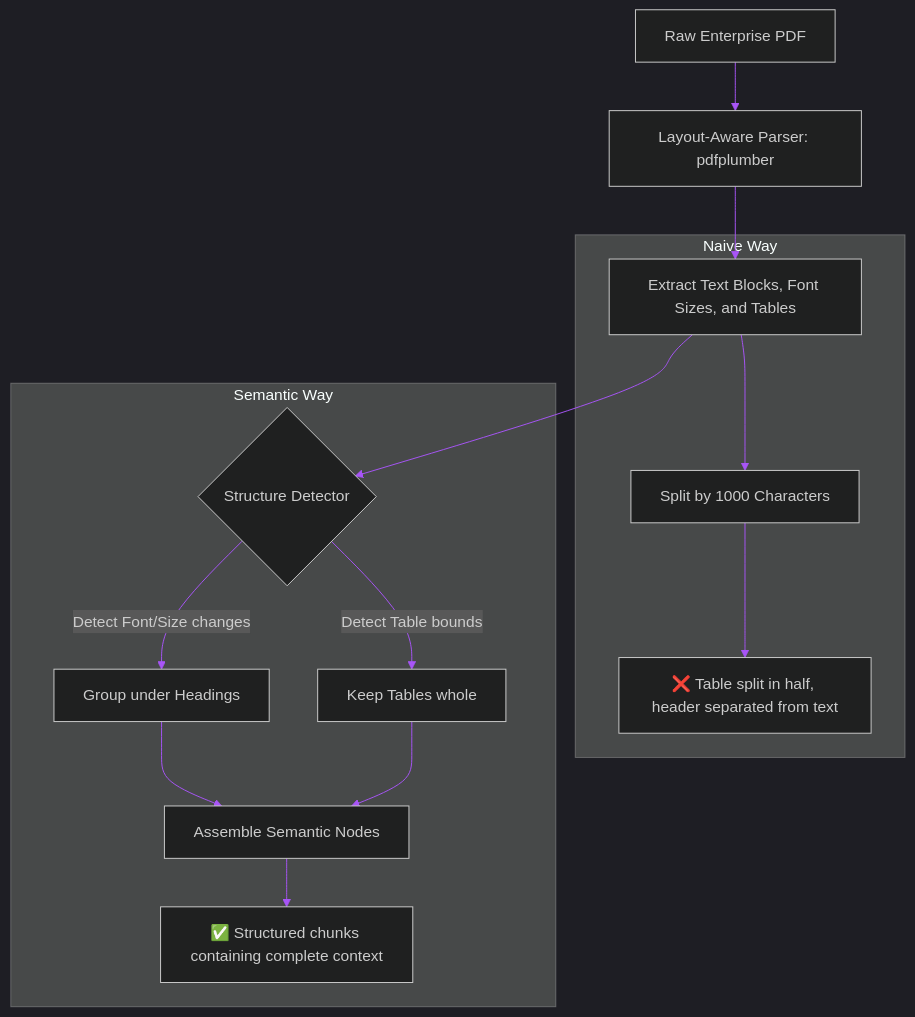
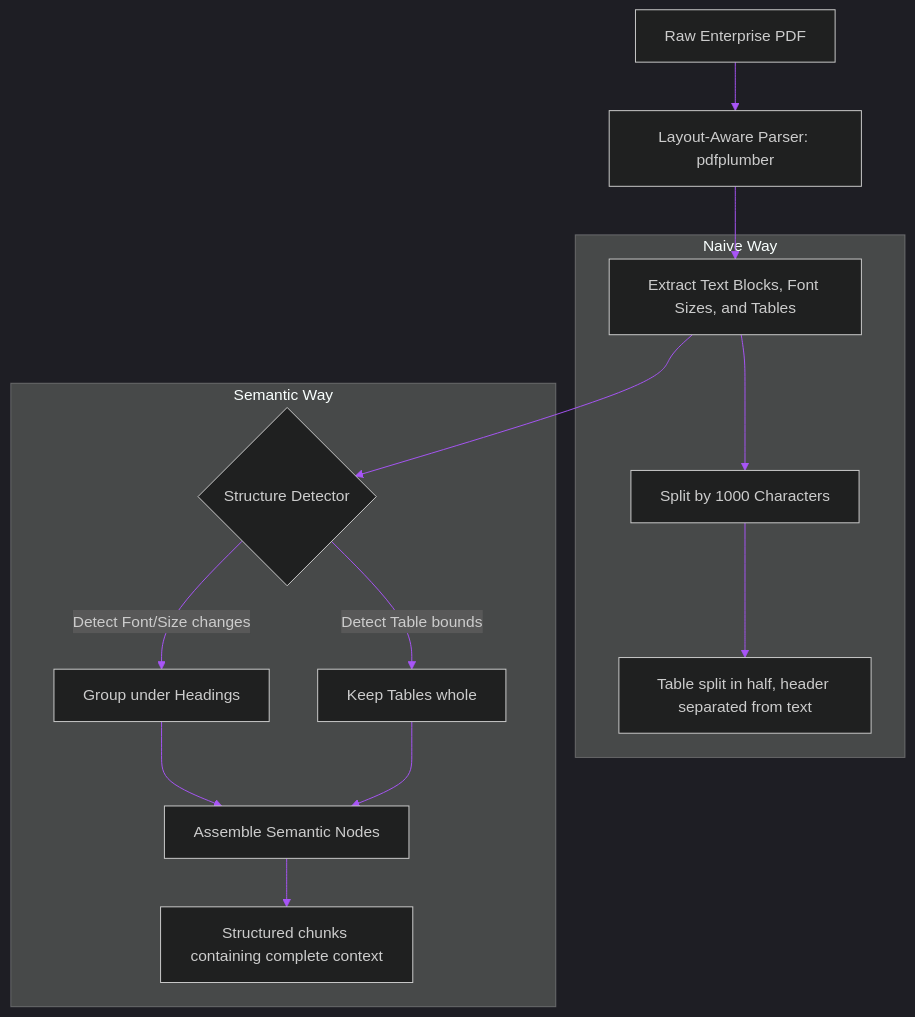
One commit to akmalkhaniub/akmalkhaniub.github.io changed the diagram in blog/posts/layout-aware-semantic-chunking-pdf.md. Above: the diagram before and after it, drawn with Mermaid. The commit also changed 411 other files, not shown here.

````diff
--- a/blog/posts/layout-aware-semantic-chunking-pdf.md
+++ b/blog/posts/layout-aware-semantic-chunking-pdf.md
@@ -14,19 +14,19 @@
 ```mermaid
 %%{init: {'theme': 'dark', 'themeVariables': { 'primaryColor': '#a855f7', 'primaryTextColor': '#f3f4f6', 'primaryBorderColor': '#c084fc', 'lineColor': '#a855f7', 'secondaryColor': '#111827', 'tertiaryColor': '#0b0f19'}}}%%
 flowchart TD
     PDF[Raw Enterprise PDF] --> Parser[Layout-Aware Parser: pdfplumber]
     Parser --> Extract[Extract Text Blocks, Font Sizes, and Tables]
     
     subgraph SG1_NaiveWay ["Naive Way"]
         Extract --> Naive[Split by 1000 Characters]
-        Naive --> SplitTable[❌ Table split in half, header separated from text]
+        Naive --> SplitTable[ Table split in half, header separated from text]
     end
 
     subgraph SG2_SemanticWay ["Semantic Way"]
         Extract --> Detector{Structure Detector}
         Detector -->|Detect Font/Size changes| Headings[Group under Headings]
         Detector -->|Detect Table bounds| Tables[Keep Tables whole]
         Headings & Tables --> Build[Assemble Semantic Nodes]
-        Build --> Result[✅ Structured chunks containing complete context]
+        Build --> Result[ Structured chunks containing complete context]
     end
 ```
````
